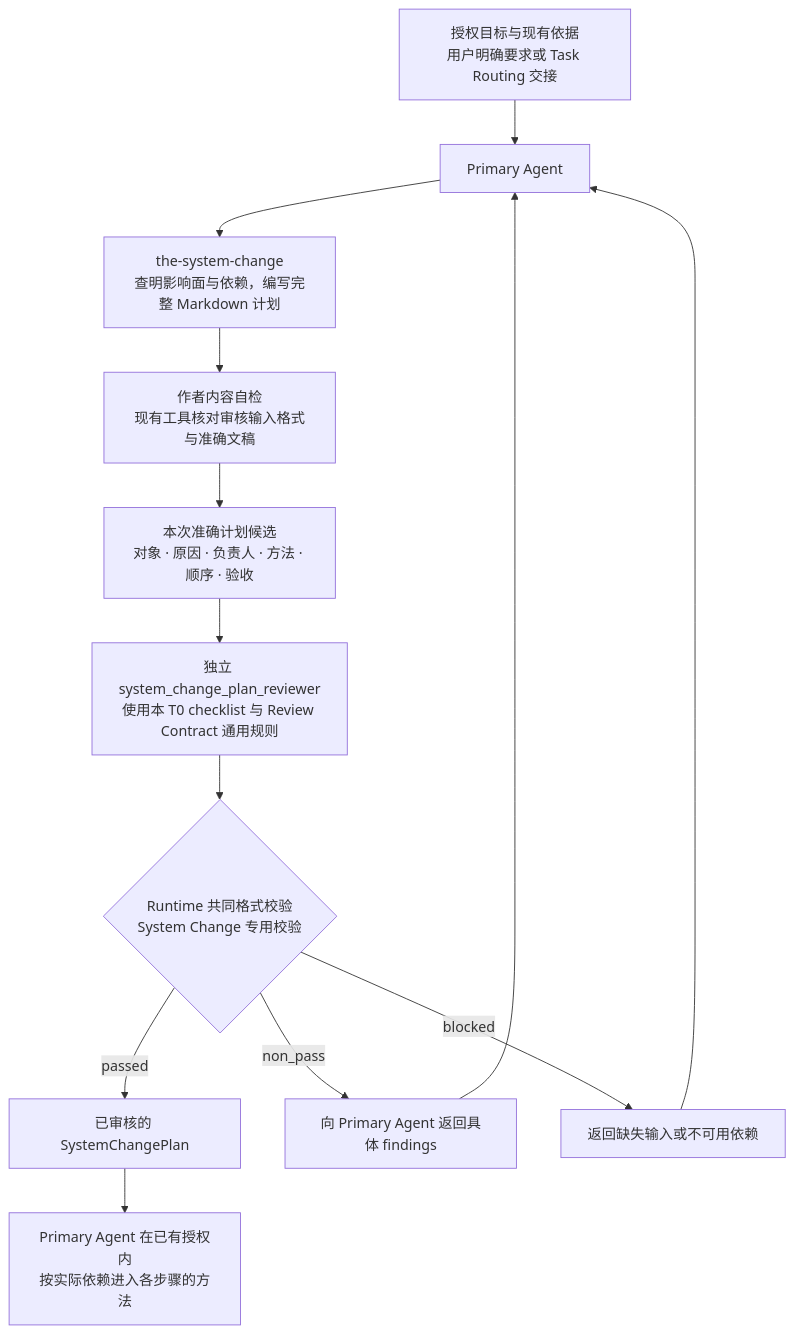
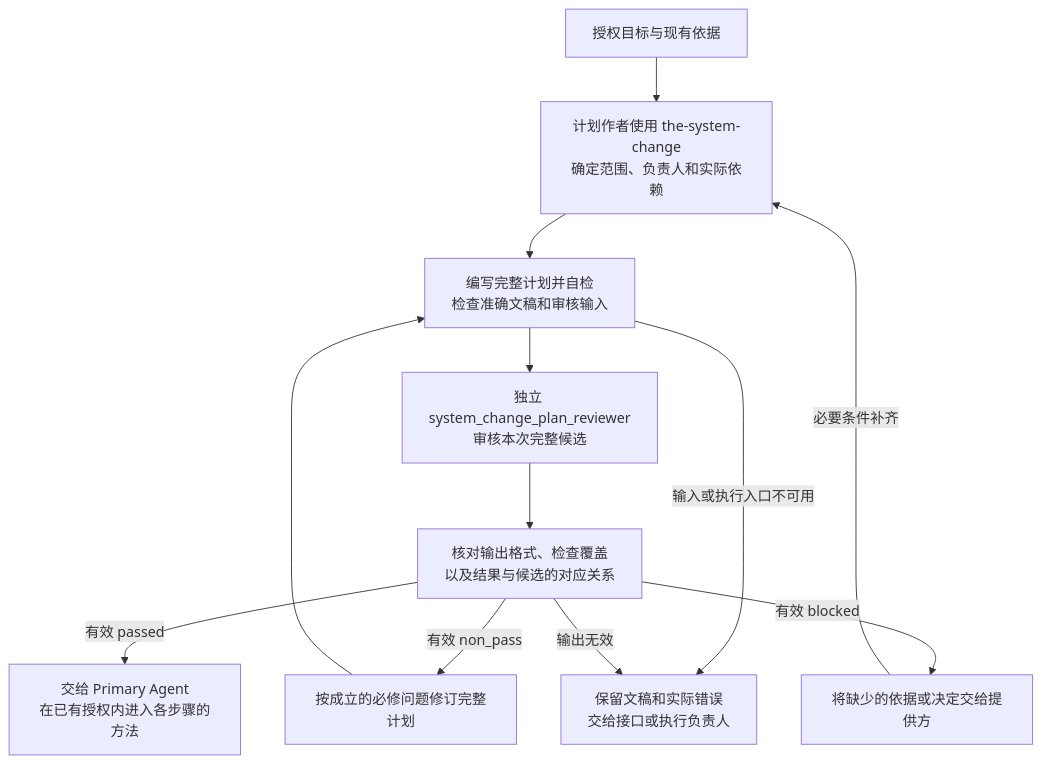
One commit to bobaoai/ai_project_management_framework changed the diagram in designDoc/the_system_change_governance.md. Above: the diagram before and after it, drawn with Mermaid. The commit also changed other lines of this file and 103 other files, not shown here.

````diff
--- a/designDoc/the_system_change_governance.md
+++ b/designDoc/the_system_change_governance.md
@@ -68,15 +17,14 @@
 ```mermaid
 flowchart TD
-    R["授权目标与现有依据<br/>用户明确要求或 Task Routing 交接"] --> A["Primary Agent"]
-    A --> S["the-system-change<br/>查明影响面与依赖，编写完整 Markdown 计划"]
-    S --> C["作者内容自检<br/>现有工具核对审核输入格式与准确文稿"]
-    C --> P["本次准确计划候选<br/>对象 · 原因 · 负责人 · 方法 · 顺序 · 验收"]
-    P --> Q["独立 system_change_plan_reviewer<br/>使用本 T0 checklist 与 Review Contract 通用规则"]
-    Q --> V{"Runtime 共同格式校验<br/>System Change 专用校验"}
-    V -->|passed| H["已审核的 SystemChangePlan"]
-    H --> E["Primary Agent 在已有授权内<br/>按实际依赖进入各步骤的方法"]
-    V -->|non_pass| F["向 Primary Agent 返回具体 findings"]
-    F --> A
-    V -->|blocked| B["返回缺失输入或不可用依赖"]
-    B --> A
+    A["授权目标与现有依据"] --> B["计划作者使用 the-system-change<br/>确定范围、负责人和实际依赖"]
+    B --> C["编写完整计划并自检<br/>检查准确文稿和审核输入"]
+    C --> D["独立 system_change_plan_reviewer<br/>审核本次完整候选"]
+    D --> E["核对输出格式、检查覆盖<br/>以及结果与候选的对应关系"]
+    E -->|"有效 passed"| F["交给 Primary Agent<br/>在已有授权内进入各步骤的方法"]
+    E -->|"有效 non_pass"| G["按成立的必修问题修订完整计划"]
+    G --> C
+    E -->|"有效 blocked"| H["将缺少的依据或决定交给提供方"]
+    H -->|"必要条件补齐"| B
+    C -->|"输入或执行入口不可用"| I["保留文稿和实际错误<br/>交给接口或执行负责人"]
+    E -->|"输出无效"| I
 ```
````
